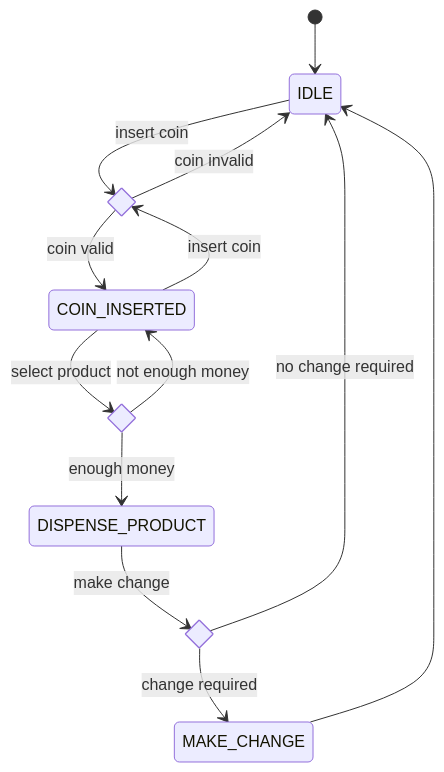
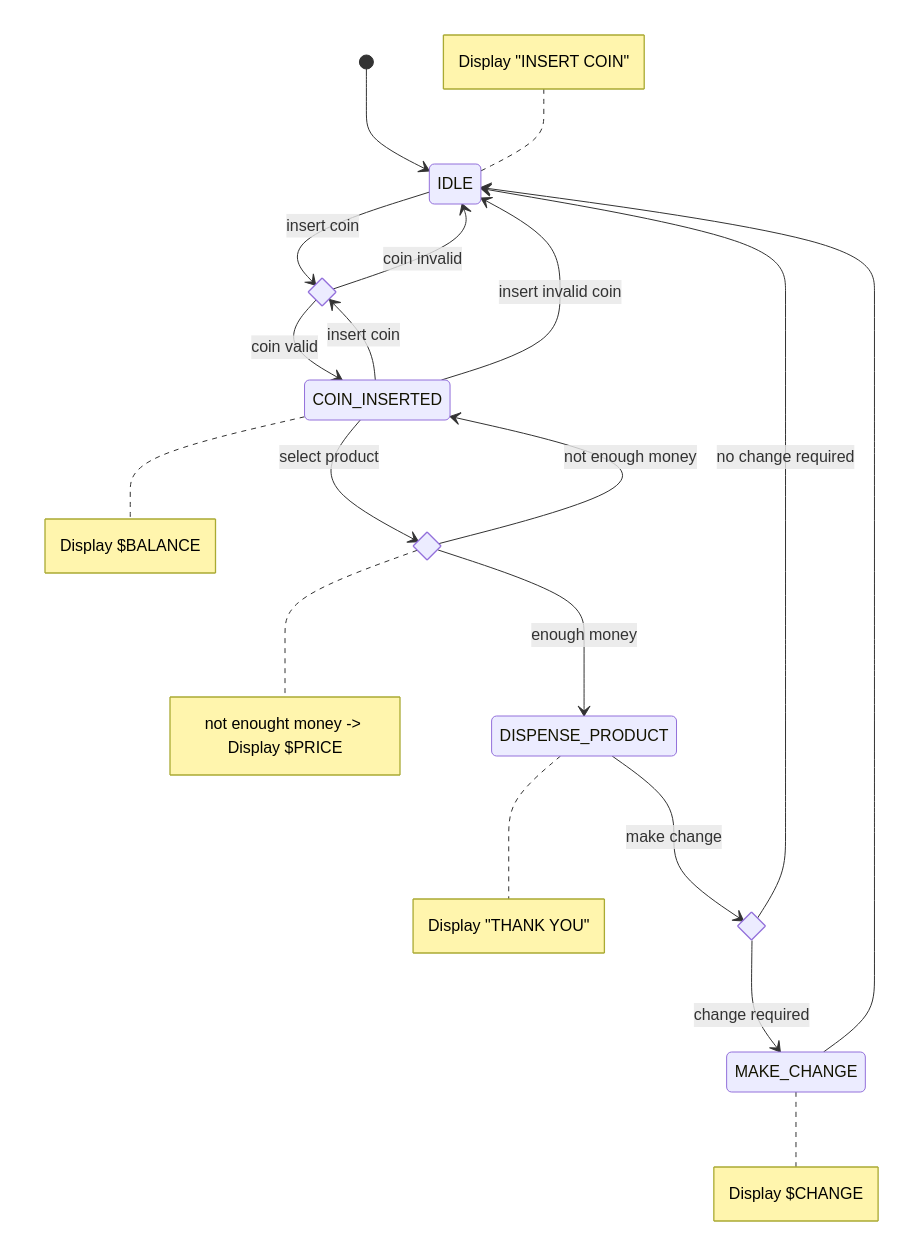
One commit to elzinko/vending-machine-kata changed the diagram in docs/stateDiagrams.md. Above: the diagram before and after it, drawn with Mermaid.

Commit message:
doc(state): add display infos to state diagram

````diff
--- a/docs/stateDiagrams.md
+++ b/docs/stateDiagrams.md
@@ -8,23 +8,35 @@
 ```mermaid
 stateDiagram-v2
   [*] --> IDLE
   state isValidCoin <<choice>>
   state hasEnoughMoney <<choice>>
   state changeRequired <<choice>>
 
   IDLE --> isValidCoin: insert coin
-  COIN_INSERTED --> isValidCoin: insert coin
+  note left of IDLE: Display "INSERT COIN"
 
   isValidCoin --> IDLE: coin invalid
   isValidCoin --> COIN_INSERTED: coin valid
 
+  COIN_INSERTED --> isValidCoin: insert coin
+  COIN_INSERTED --> IDLE: insert invalid coin
+  note right of COIN_INSERTED: Display $BALANCE
+
   COIN_INSERTED --> hasEnoughMoney: select product
+
   hasEnoughMoney --> DISPENSE_PRODUCT: enough money
+  note right of DISPENSE_PRODUCT: Display "THANK YOU"
+
   hasEnoughMoney --> COIN_INSERTED: not enough money
+  note right of hasEnoughMoney
+    not enought money -> Display $PRICE
+  end note
 
   DISPENSE_PRODUCT --> changeRequired: make change
   changeRequired --> MAKE_CHANGE: change required
   changeRequired --> IDLE: no change required
 
   MAKE_CHANGE --> IDLE
+  note right of MAKE_CHANGE: Display $CHANGE
+
 ```
````
